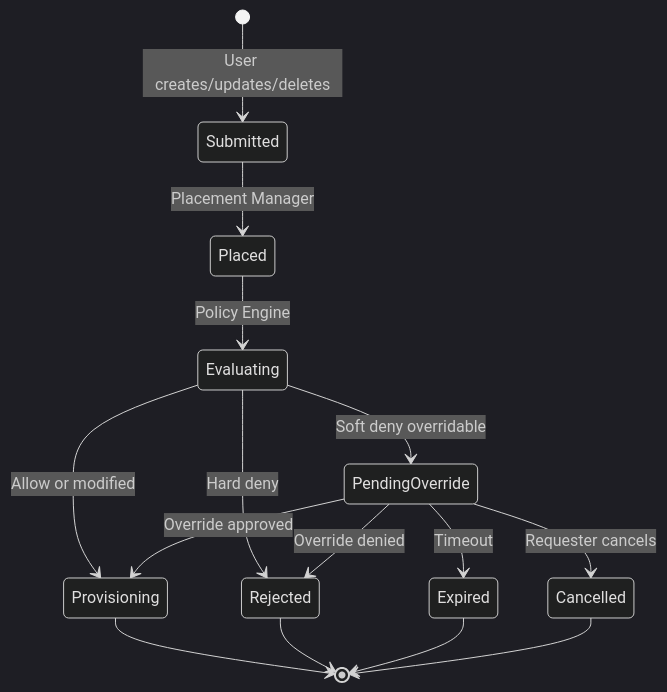
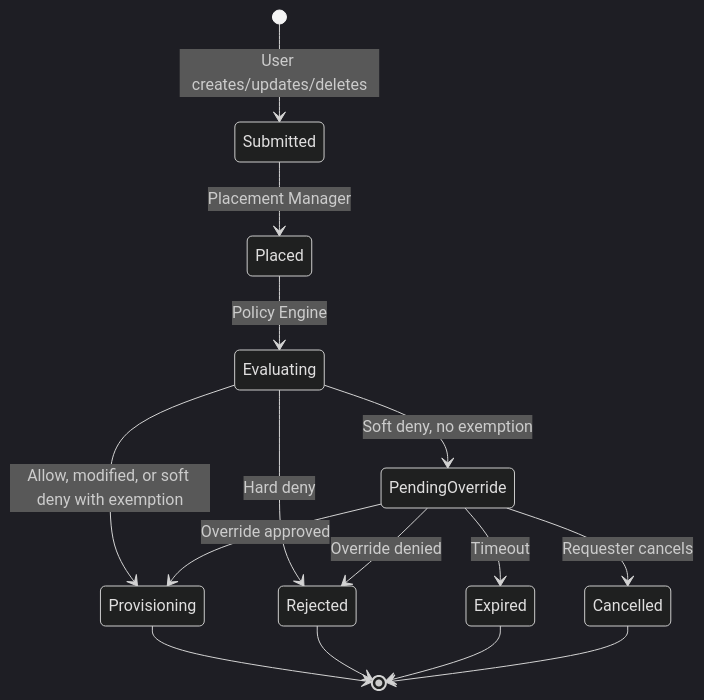
Before and after one commit to dcm-project/enhancements: the diagram in enhancements/request-approval/use-cases.md, drawn with Mermaid (dark theme). The commit also changed other lines of this file, not shown here.

First line of the commit message:
Add thin exemption path to request-approval use cases

````diff
--- a/enhancements/request-approval/use-cases.md
+++ b/enhancements/request-approval/use-cases.md
@@ -21,17 +21,17 @@
 ```mermaid
 stateDiagram-v2
     [*] --> Submitted: User creates/updates/deletes
     Submitted --> Placed: Placement Manager
     Placed --> Evaluating: Policy Engine
-    Evaluating --> Provisioning: Allow or modified
+    Evaluating --> Provisioning: Allow, modified, or soft deny with exemption
     Evaluating --> Rejected: Hard deny
-    Evaluating --> PendingOverride: Soft deny overridable
+    Evaluating --> PendingOverride: Soft deny, no exemption
     PendingOverride --> Provisioning: Override approved
     PendingOverride --> Rejected: Override denied
     PendingOverride --> Expired: Timeout
     PendingOverride --> Cancelled: Requester cancels
     Provisioning --> [*]
     Rejected --> [*]
     Expired --> [*]
     Cancelled --> [*]
 ```
````
